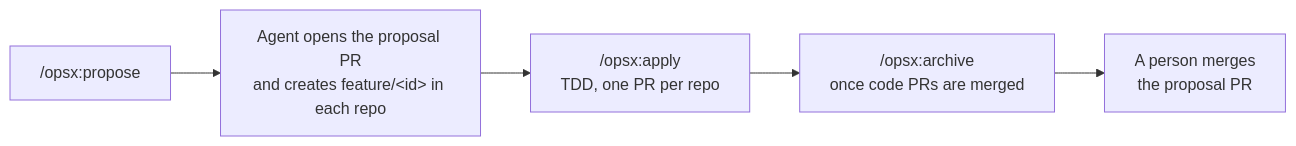
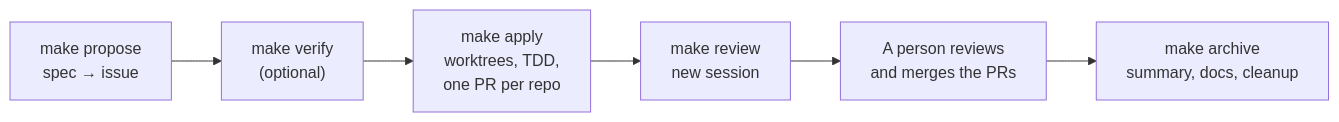
The second of 2 diagrams in README.md (l4uran1/agent-ecosystem), drawn with Mermaid before and after one commit. The commit also changed other lines of this file and 37 other files, not shown here.

First line of the commit message:
feat: make commands that start each person's agent, with the spec on an issue

````diff
--- a/README.md
+++ b/README.md
@@ -62,7 +59,8 @@
 ```mermaid
 flowchart LR
-    p["/opsx:propose"] --> pr["Agent opens the proposal PR<br/>and creates feature/&lt;id&gt; in each repo"]
-    pr --> a["/opsx:apply<br/>TDD, one PR per repo"]
-    a --> ar["/opsx:archive<br/>once code PRs are merged"]
-    ar --> m["A person merges<br/>the proposal PR"]
+    p["make propose<br/>spec → issue"] --> v["make verify<br/>(optional)"]
+    v --> a["make apply<br/>worktrees, TDD,<br/>one PR per repo"]
+    a --> r["make review<br/>new session"]
+    r --> m["A person reviews<br/>and merges the PRs"]
+    m --> ar["make archive<br/>summary, docs, cleanup"]
 ```
````
